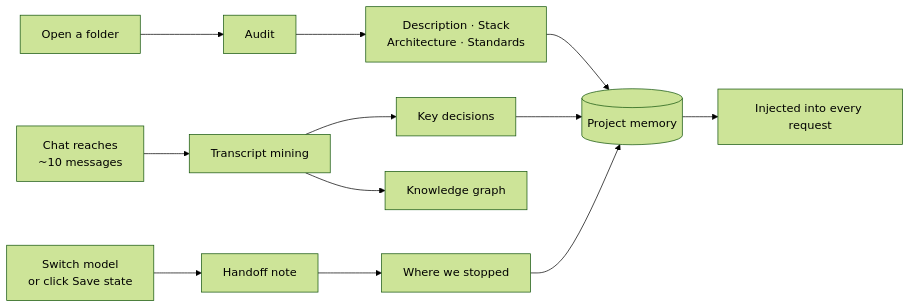
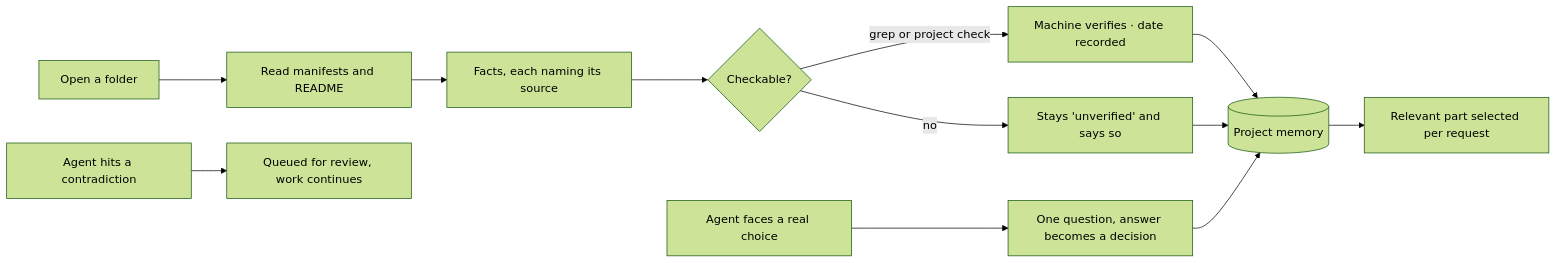
Before and after one commit to hamidkazimov777-cmd/Magnetar: the diagram in README.md, drawn with Mermaid (forest theme). The commit also changed other lines of this file and 1 other file, not shown here.

````diff
--- a/README.md
+++ b/README.md
@@ -57,14 +70,14 @@
 ```mermaid
 flowchart LR
-    A[Open a folder] --> B[Audit]
-    B --> C["Description · Stack<br/>Architecture · Standards"]
-    D[Chat reaches<br/>~10 messages] --> E[Transcript mining]
-    E --> F[Key decisions]
-    E --> G[Knowledge graph]
-    H[Switch model<br/>or click Save state] --> I[Handoff note]
-    I --> J["Where we stopped"]
-    C --> K[(Project memory)]
+    A[Open a folder] --> B[Read manifests and README]
+    B --> C[Facts, each naming its source]
+    C --> D{Checkable?}
+    D -->|grep or project check| E[Machine verifies · date recorded]
+    D -->|no| F[Stays 'unverified' and says so]
+    G[Agent hits a contradiction] --> H[Queued for review, work continues]
+    I[Agent faces a real choice] --> J[One question, answer becomes a decision]
+    E --> K[(Project memory)]
     F --> K
     J --> K
-    K --> L[Injected into every request]
+    K --> L[Relevant part selected per request]
 ```
````
